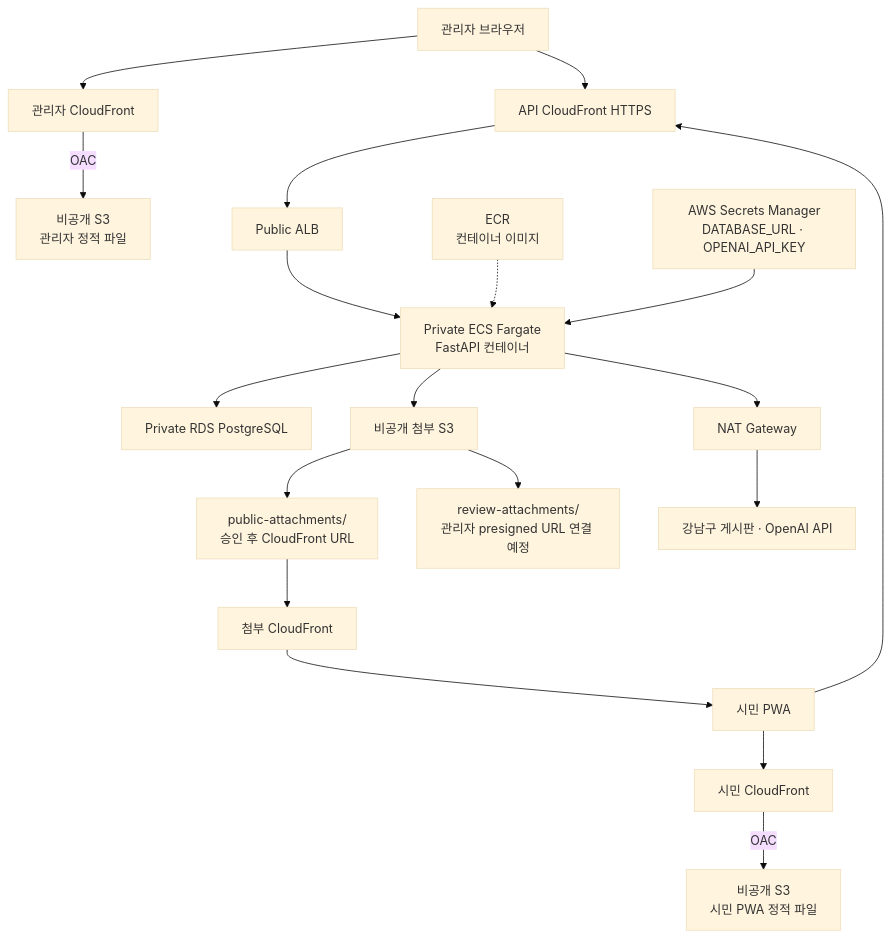
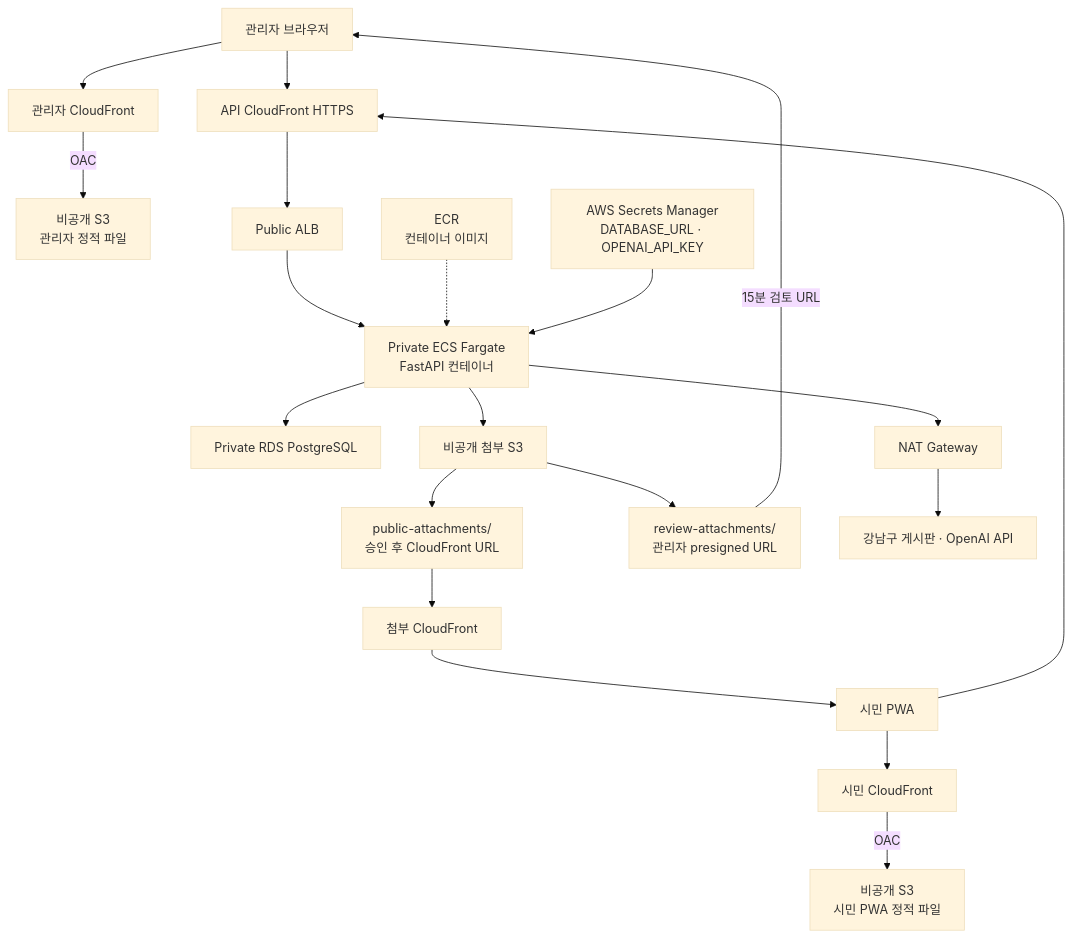
The second of 3 diagrams in README.md (dlfjsld1/gangnam-change-agent), drawn with Mermaid (base theme) before and after one commit. The commit also changed other lines of this file and 8 other files, not shown here.

````diff
--- a/README.md
+++ b/README.md
@@ -78,24 +81,25 @@
 ```mermaid
 flowchart TB
     ADMIN["관리자 브라우저"] --> ADMIN_CF["관리자 CloudFront"]
     CITIZEN["시민 PWA"] --> PWA_CF["시민 CloudFront"]
     ADMIN_CF -->|"OAC"| ADMIN_S3["비공개 S3<br/>관리자 정적 파일"]
     PWA_CF -->|"OAC"| PWA_S3["비공개 S3<br/>시민 PWA 정적 파일"]
 
     ADMIN --> API_CF["API CloudFront HTTPS"]
     CITIZEN --> API_CF
     API_CF --> ALB["Public ALB"]
     ALB --> ECS["Private ECS Fargate<br/>FastAPI 컨테이너"]
 
     ECR["ECR<br/>컨테이너 이미지"] -.-> ECS
     SECRETS["AWS Secrets Manager<br/>DATABASE_URL · OPENAI_API_KEY"] --> ECS
     ECS --> RDS["Private RDS PostgreSQL"]
     ECS --> ATTACHMENTS["비공개 첨부 S3"]
     ATTACHMENTS --> PUBLIC_FILES["public-attachments/<br/>승인 후 CloudFront URL"]
-    ATTACHMENTS --> REVIEW_FILES["review-attachments/<br/>관리자 presigned URL 연결 예정"]
+    ATTACHMENTS --> REVIEW_FILES["review-attachments/<br/>관리자 presigned URL"]
     PUBLIC_FILES --> FILES_CF["첨부 CloudFront"]
     FILES_CF --> CITIZEN
+    REVIEW_FILES -->|"15분 검토 URL"| ADMIN
 
     ECS --> NAT["NAT Gateway"]
     NAT --> EXTERNAL["강남구 게시판 · OpenAI API"]
 ```
````
